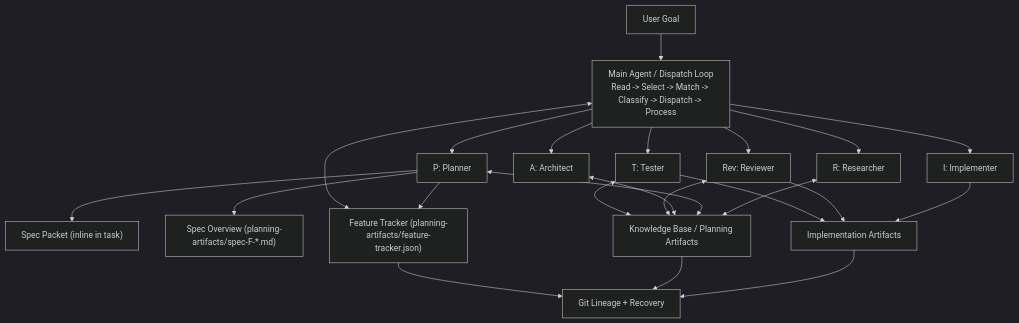
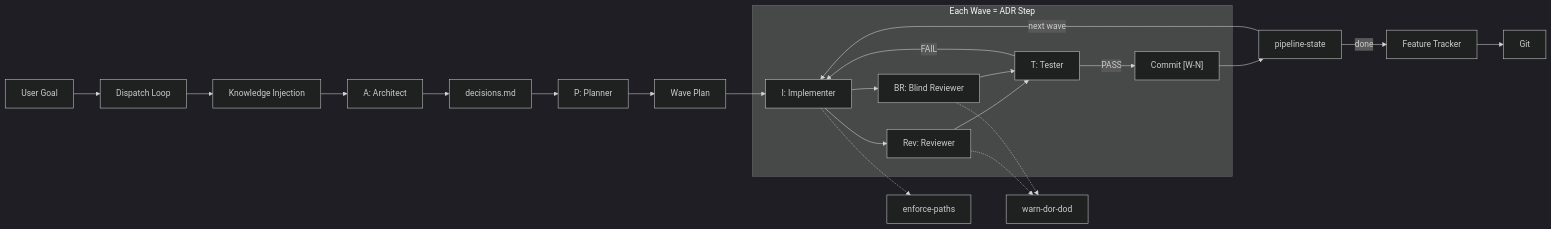
One commit to vospr/context-engineering-template changed the fifth of 6 diagrams in README.md. Above: the diagram before and after it, drawn with Mermaid (dark theme). The commit also changed other lines of this file and 1 other file, not shown here.

````diff
--- a/README.md
+++ b/README.md
@@ -157,47 +258,34 @@
 ```mermaid
-flowchart TD
-    U[User Goal]
-    M[Main Agent / Dispatch Loop<br/>Read -> Select -> Match -> Classify -> Dispatch -> Process]
+flowchart LR
+    U["User Goal"] --> M["Dispatch Loop"]
+    M --> KI["Knowledge Injection"]
+    KI --> A["A: Architect"]
+    A --> DEC["decisions.md"]
+    DEC --> P["P: Planner"]
+    P --> WP["Wave Plan"]
 
-    U --> M
+    subgraph "Each Wave = ADR Step"
+        I["I: Implementer"]
+        RV["Rev: Reviewer"]
+        BR["BR: Blind Reviewer"]
+        T["T: Tester"]
+        CM["Commit [W-N]"]
 
-    R["R: Researcher"]
-    P["P: Planner"]
-    A["A: Architect"]
-    I["I: Implementer"]
-    RV["Rev: Reviewer"]
-    T["T: Tester"]
+        I --> RV
+        I --> BR
+        RV --> T
+        BR --> T
+        T -->|"PASS"| CM
+        T -->|"FAIL"| I
+    end
 
-    M --> R
-    M --> P
-    M --> A
-    M --> I
-    M --> RV
-    M --> T
+    WP --> I
+    CM --> PS["pipeline-state"]
+    PS -->|"next wave"| I
+    PS -->|"done"| FT["Feature Tracker"]
+    FT --> G["Git"]
 
-    SP["Spec Packet (inline in task)"]
-    SO["Spec Overview (planning-artifacts/spec-F-*.md)"]
-    FT["Feature Tracker (planning-artifacts/feature-tracker.json)"]
-    IA["Implementation Artifacts"]
-    KB["Knowledge Base / Planning Artifacts"]
-    G["Git Lineage + Recovery"]
-
-    P --> SP
-    P --> SO
-    P --> FT
-
-    I --> IA
-    RV --> IA
-    T --> IA
-
-    M <--> FT
-    R <--> KB
-    P <--> KB
-    A <--> KB
-    RV <--> KB
-    T <--> KB
-
-    IA --> G
-    KB --> G
-    FT --> G
+    I -.-> EP["enforce-paths"]
+    RV -.-> DD["warn-dor-dod"]
+    BR -.-> DD
 ```
````
